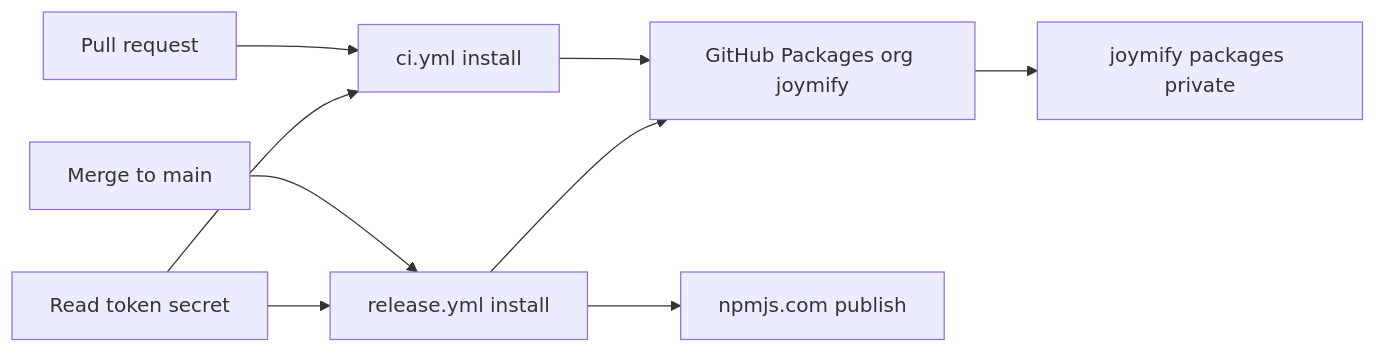
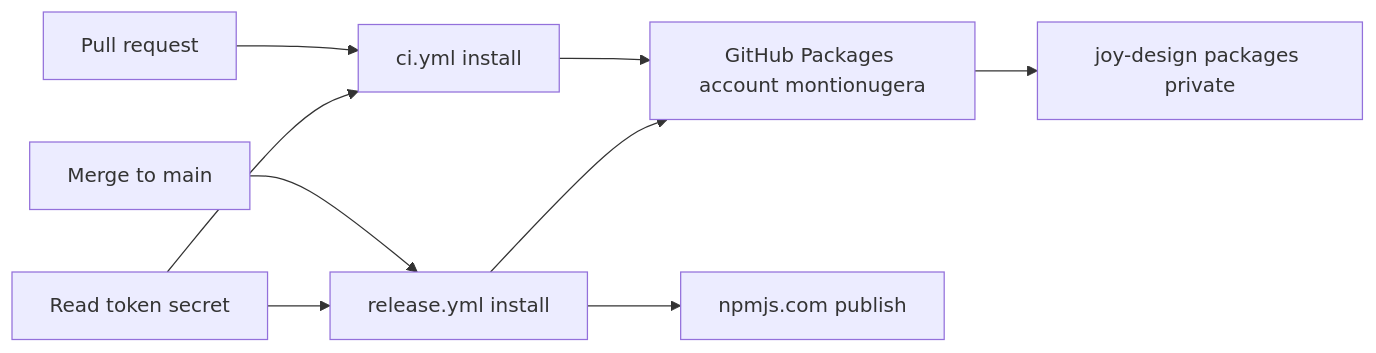
Before and after one commit to montionugera/cli-state-handler: the first of 2 diagrams in .claude/refined_backlog/F-045-adopt-the-joymify-design-system-in-the-d/spec.md, drawn with Mermaid. The commit also changed other lines of this file and 46 other files, not shown here.

````diff
--- a/.claude/refined_backlog/F-045-adopt-the-joymify-design-system-in-the-d/spec.md
+++ b/.claude/refined_backlog/F-045-adopt-the-joymify-design-system-in-the-d/spec.md
@@ -134,11 +159,11 @@
 ```mermaid
 flowchart LR
   PR[Pull request] --> CI[ci.yml install]
   MERGE[Merge to main] --> REL[release.yml install]
   SECRET[Read token secret] --> CI
   SECRET --> REL
-  CI --> GHP[GitHub Packages org joymify]
+  CI --> GHP[GitHub Packages account montionugera]
   REL --> GHP
   REL --> NPMJS[npmjs.com publish]
-  GHP --> JOY[joymify packages private]
+  GHP --> JOY[joy-design packages private]
 ```
````
